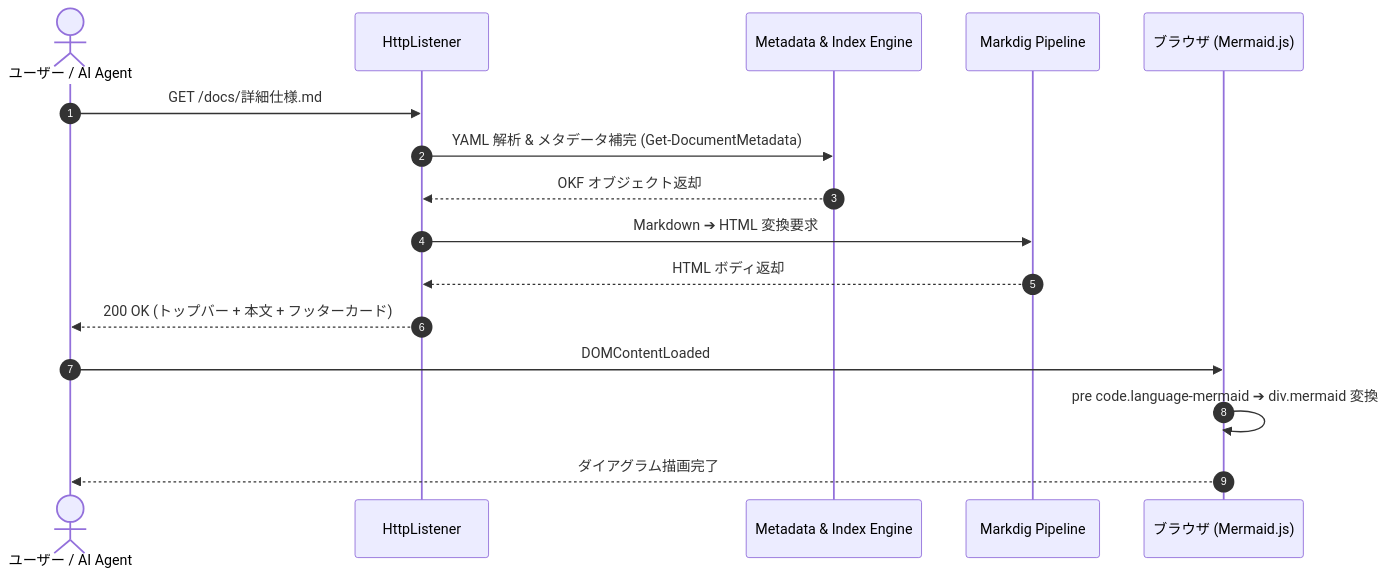
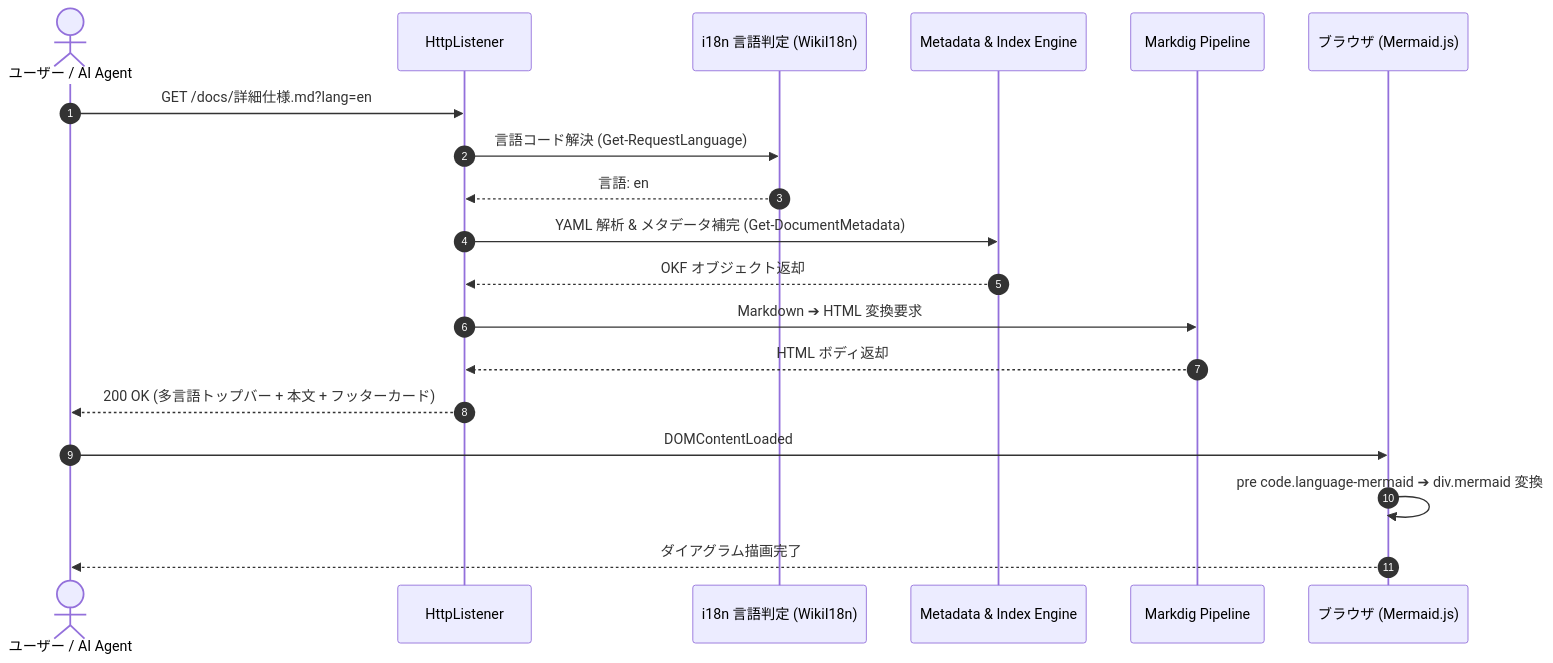
Before and after one commit to chottokun/SimpleWiki: the first of 3 diagrams in markdown_sample/docs/詳細仕様.md, drawn with Mermaid. The commit also changed other lines of this file and 15 other files, not shown here.

````diff
--- a/markdown_sample/docs/詳細仕様.md
+++ b/markdown_sample/docs/詳細仕様.md
@@ -44,19 +55,22 @@
 ```mermaid
 sequenceDiagram
     autonumber
     actor User as ユーザー / AI Agent
     participant Listener as HttpListener
+    participant I18n as i18n 言語判定 (WikiI18n)
     participant Engine as Metadata & Index Engine
     participant Markdig as Markdig Pipeline
     participant Browser as ブラウザ (Mermaid.js)
 
-    User->>Listener: GET /docs/詳細仕様.md
+    User->>Listener: GET /docs/詳細仕様.md?lang=en
+    Listener->>I18n: 言語コード解決 (Get-RequestLanguage)
+    I18n-->>Listener: 言語: en
     Listener->>Engine: YAML 解析 & メタデータ補完 (Get-DocumentMetadata)
     Engine-->>Listener: OKF オブジェクト返却
     Listener->>Markdig: Markdown ➔ HTML 変換要求
     Markdig-->>Listener: HTML ボディ返却
-    Listener-->>User: 200 OK (トップバー + 本文 + フッターカード)
+    Listener-->>User: 200 OK (多言語トップバー + 本文 + フッターカード)
     User->>Browser: DOMContentLoaded
     Browser->>Browser: pre code.language-mermaid ➔ div.mermaid 変換
     Browser-->>User: ダイアグラム描画完了
 ```
````
